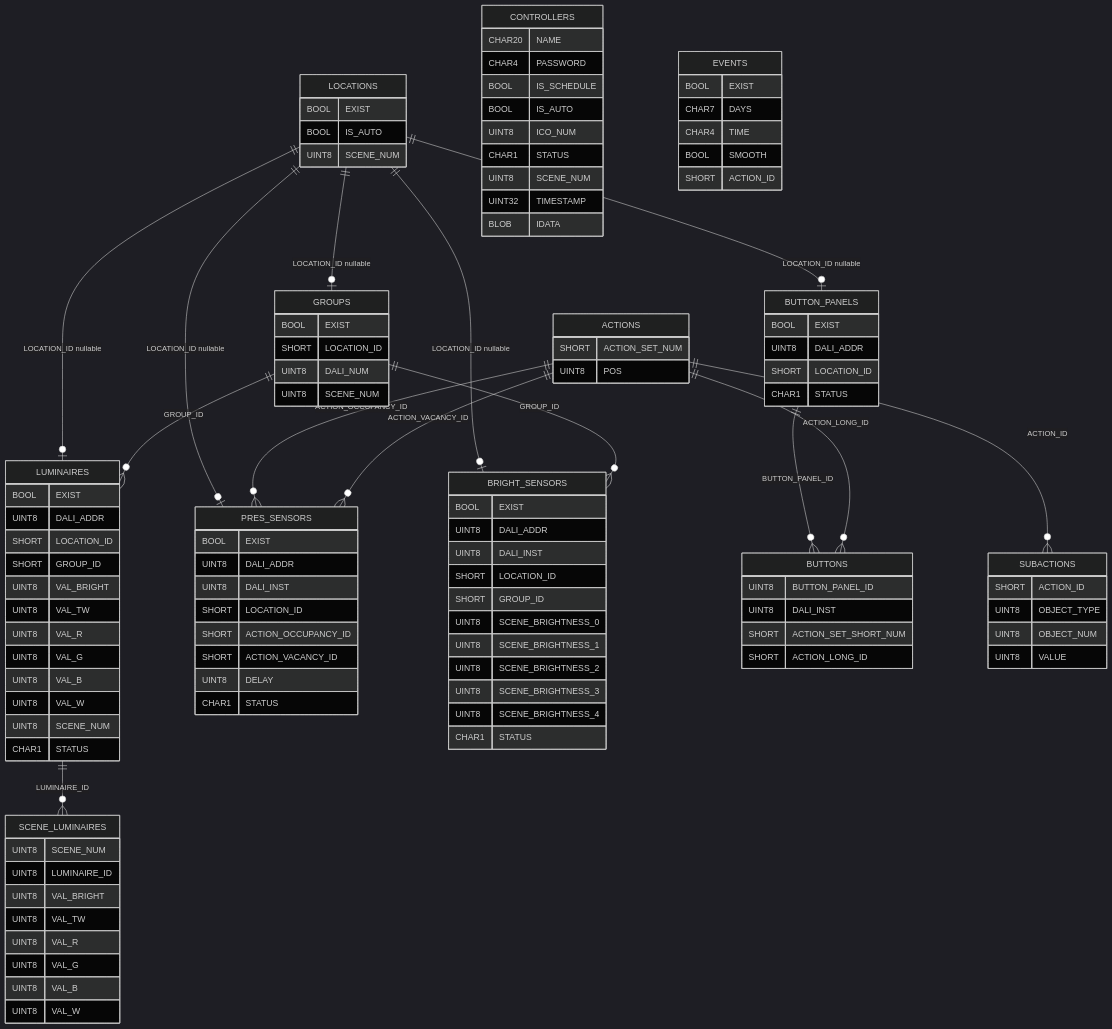
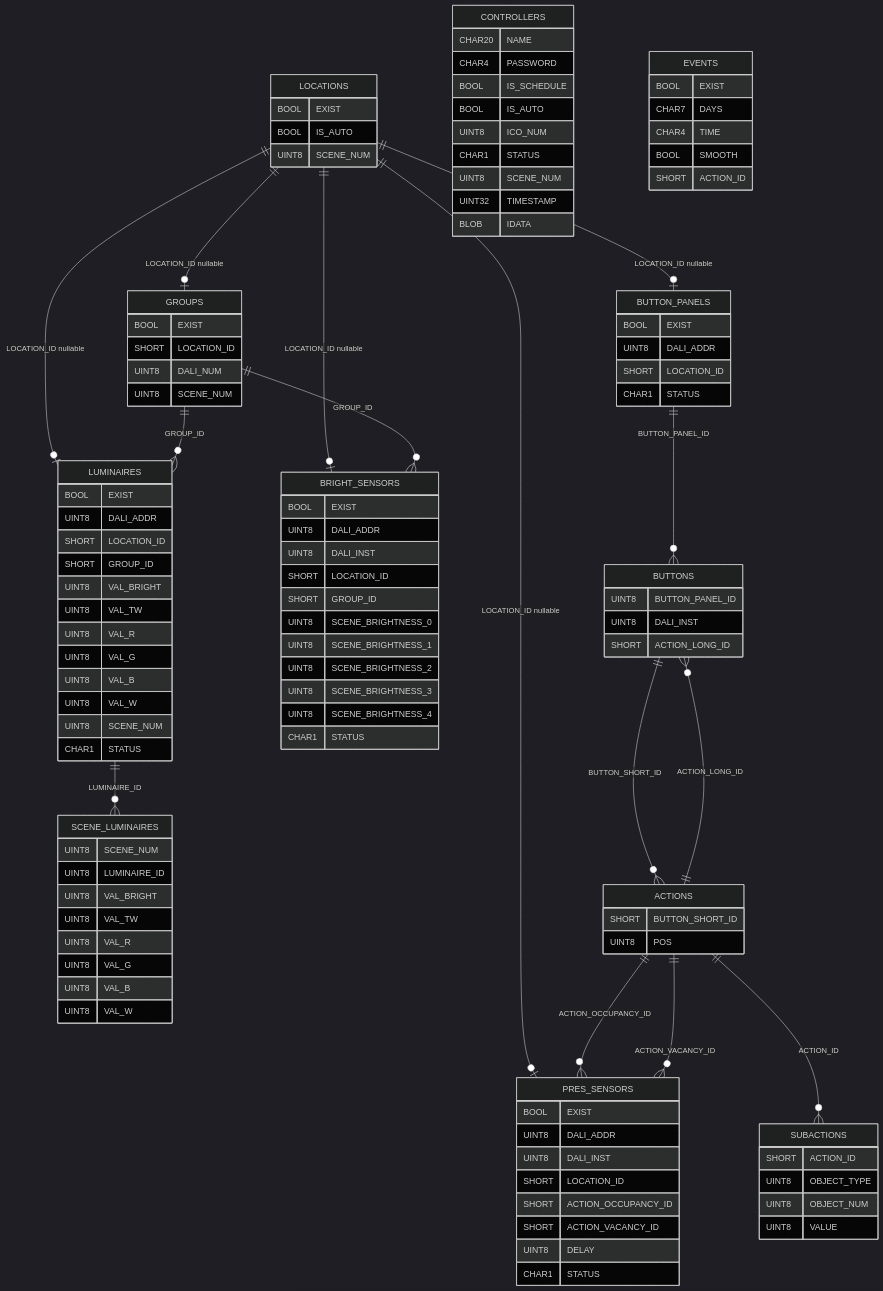
The diagram in PDS/SynapsePDS_FW_DB_scheme.md (KhudyakovAlex/Synapse), drawn with Mermaid (dark theme) before and after one commit. The commit also changed other lines of this file and 14 other files, not shown here.

Commit message:
Redesign action sets mechanism: add BUTTON_SHORT_ID, remove ACTION_SET_NUM and ACTION_SET_SHORT_NUM (VERSION 9)

```diff
--- a/PDS/SynapsePDS_FW_DB_scheme.md
+++ b/PDS/SynapsePDS_FW_DB_scheme.md
@@ -15,6 +15,7 @@
     GROUPS ||--o{ BRIGHT_SENSORS : "GROUP_ID"
     LUMINAIRES ||--o{ SCENE_LUMINAIRES : "LUMINAIRE_ID"
     BUTTON_PANELS ||--o{ BUTTONS : "BUTTON_PANEL_ID"
+    BUTTONS ||--o{ ACTIONS : "BUTTON_SHORT_ID"
     ACTIONS ||--o{ BUTTONS : "ACTION_LONG_ID"
     ACTIONS ||--o{ PRES_SENSORS : "ACTION_OCCUPANCY_ID"
     ACTIONS ||--o{ PRES_SENSORS : "ACTION_VACANCY_ID"
@@ -106,12 +107,11 @@
     BUTTONS {
         UINT8 BUTTON_PANEL_ID
         UINT8 DALI_INST
-        SHORT ACTION_SET_SHORT_NUM
         SHORT ACTION_LONG_ID
     }
 
     ACTIONS {
-        SHORT ACTION_SET_NUM
+        SHORT BUTTON_SHORT_ID
         UINT8 POS
     }
 
```
